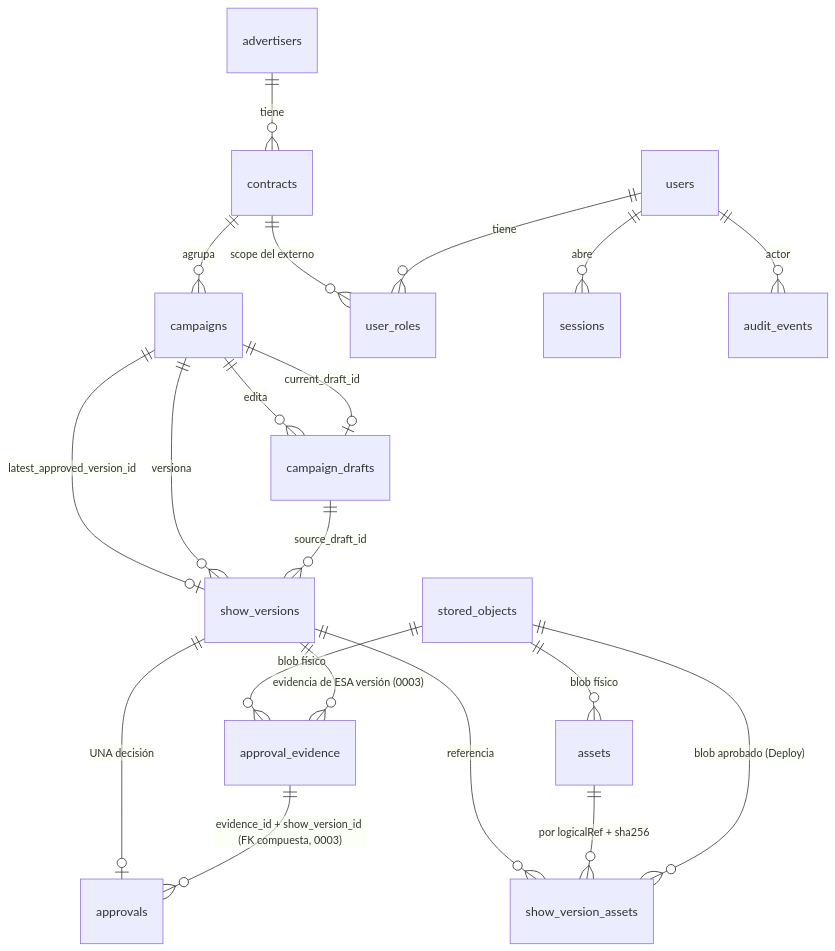
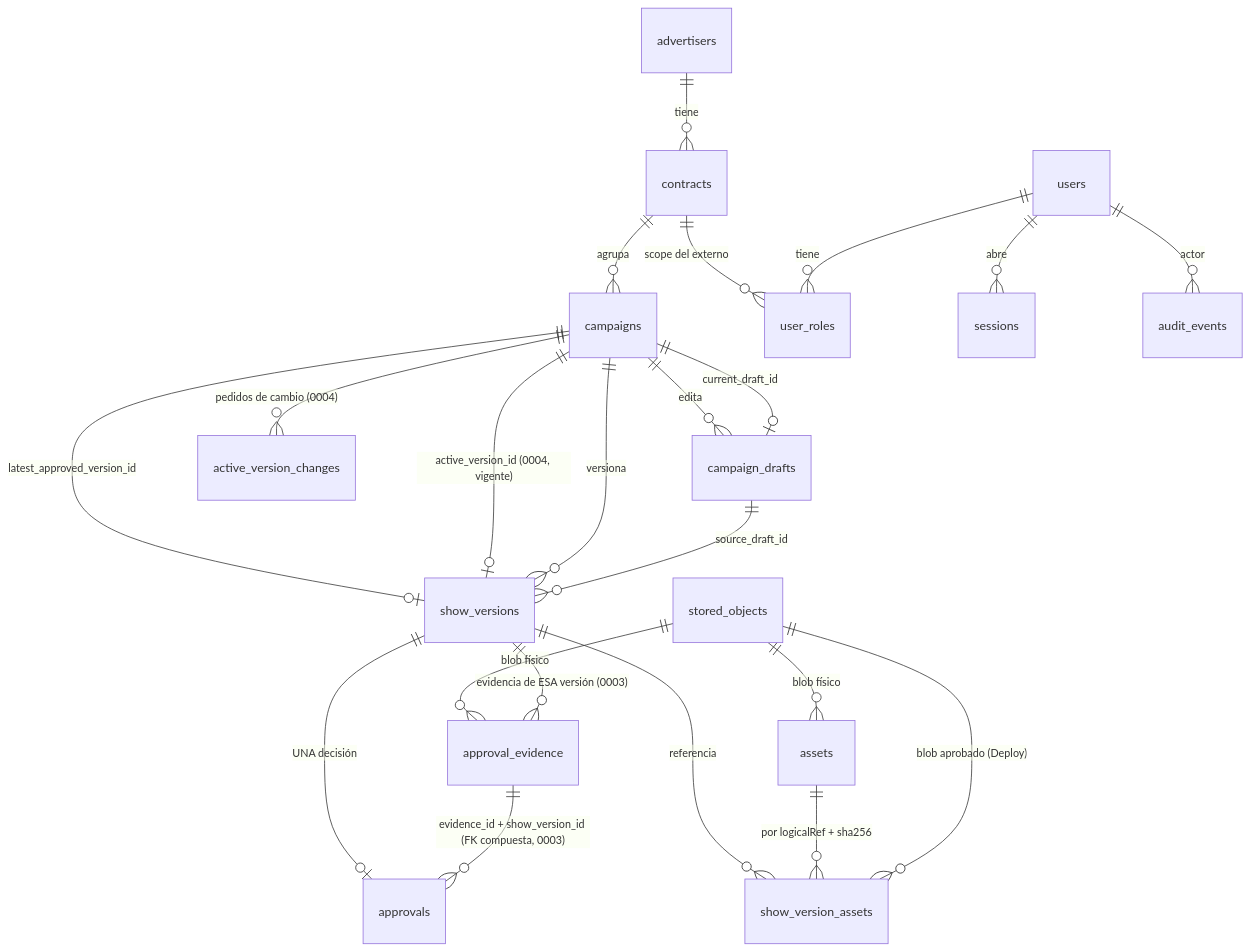
The diagram in docs/platform/ERD.md (fermalenoski86/dev), drawn with Mermaid before and after one commit. The commit also changed other lines of this file and 26 other files, not shown here.

````diff
--- a/docs/platform/ERD.md
+++ b/docs/platform/ERD.md
@@ -5,22 +5,24 @@
 ```mermaid
 erDiagram
   advertisers ||--o{ contracts : "tiene"
   contracts ||--o{ campaigns : "agrupa"
   contracts ||--o{ user_roles : "scope del externo"
   users ||--o{ user_roles : "tiene"
   users ||--o{ sessions : "abre"
   campaigns ||--o{ campaign_drafts : "edita"
   campaigns ||--o| campaign_drafts : "current_draft_id"
   campaigns ||--o| show_versions : "latest_approved_version_id"
+  campaigns ||--o| show_versions : "active_version_id (0004, vigente)"
+  campaigns ||--o{ active_version_changes : "pedidos de cambio (0004)"
   campaigns ||--o{ show_versions : "versiona"
   campaign_drafts ||--o{ show_versions : "source_draft_id"
   show_versions ||--o{ show_version_assets : "referencia"
   assets ||--o{ show_version_assets : "por logicalRef + sha256"
   stored_objects ||--o{ assets : "blob físico"
   stored_objects ||--o{ approval_evidence : "blob físico"
   stored_objects ||--o{ show_version_assets : "blob aprobado (Deploy)"
   show_versions ||--o| approvals : "UNA decisión"
   show_versions ||--o{ approval_evidence : "evidencia de ESA versión (0003)"
   approval_evidence ||--o{ approvals : "evidence_id + show_version_id (FK compuesta, 0003)"
   users ||--o{ audit_events : "actor"
 ```
````
